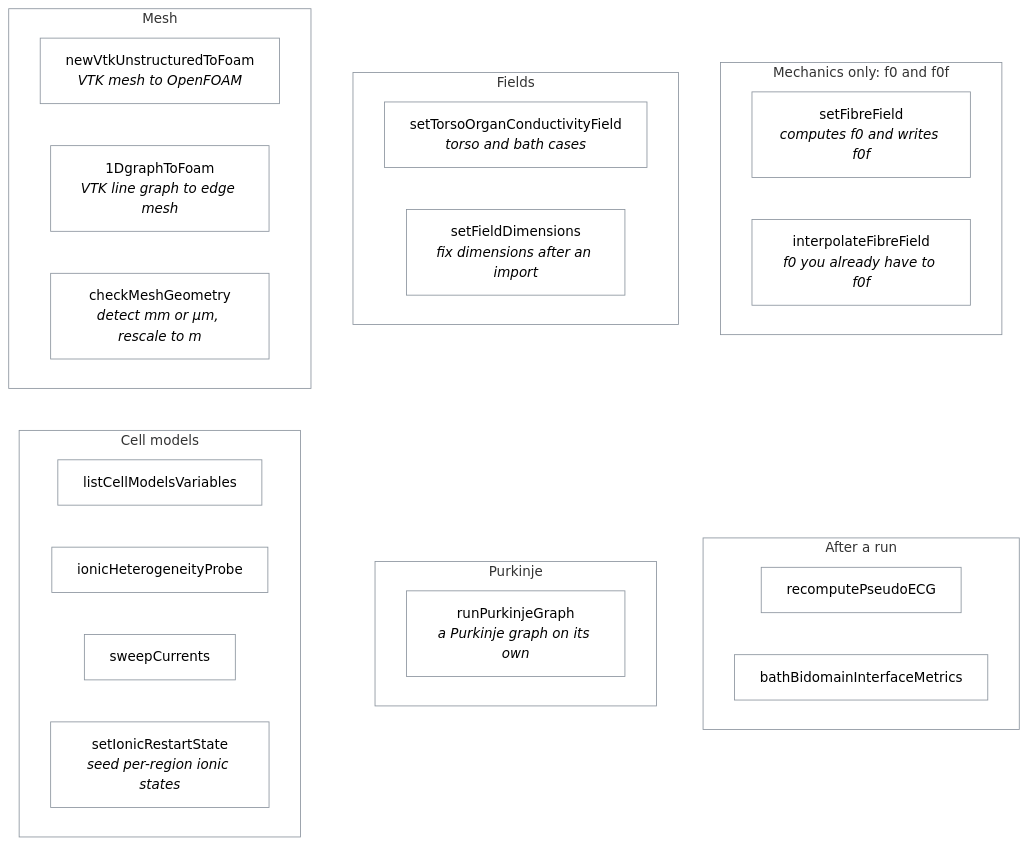
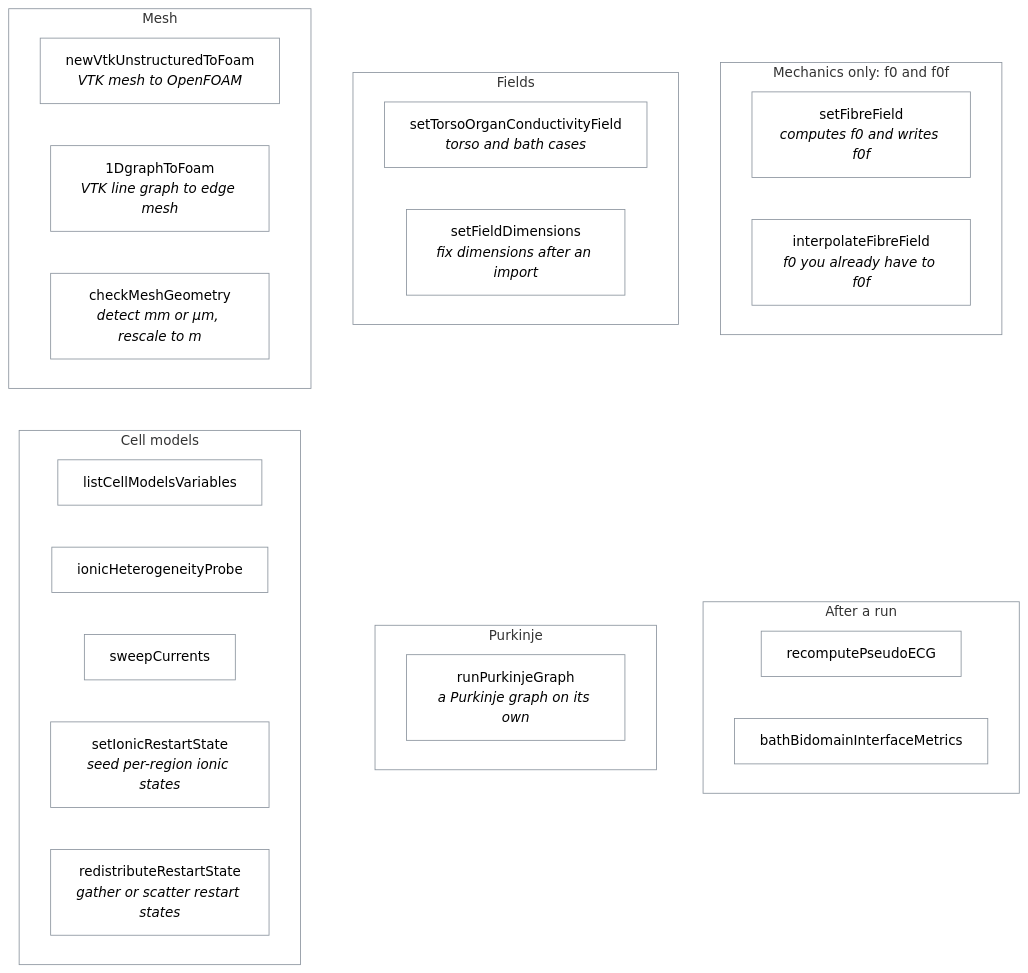
Before and after one commit to solids4foam/cardiacFoam: the diagram in applications/utilities/README.md, drawn with Mermaid (forest theme). The commit also changed other lines of this file and 22 other files, not shown here.

First line of the commit message:
feat(utilities): redistributeRestartState moves <Model>State across the processor boundary

````diff
--- a/applications/utilities/README.md
+++ b/applications/utilities/README.md
@@ -5,39 +5,40 @@
 ```mermaid
 flowchart TB
     subgraph POST["After a run"]
         RE["recomputePseudoECG"]
         BI["bathBidomainInterfaceMetrics"]
     end
     subgraph PURK["Purkinje"]
         PG["runPurkinjeGraph<br/><i>a Purkinje graph on its own</i>"]
     end
     subgraph CELL["Cell models"]
         LV["listCellModelsVariables"]
         HP["ionicHeterogeneityProbe"]
         SW["sweepCurrents"]
         SI["setIonicRestartState<br/><i>seed per-region ionic states</i>"]
+        RR["redistributeRestartState<br/><i>gather or scatter restart states</i>"]
     end
     subgraph MECH["Mechanics only: f0 and f0f"]
         SF["setFibreField<br/><i>computes f0 and writes f0f</i>"]
         IF["interpolateFibreField<br/><i>f0 you already have to f0f</i>"]
     end
     subgraph FLD["Fields"]
         TC["setTorsoOrganConductivityField<br/><i>torso and bath cases</i>"]
         SD["setFieldDimensions<br/><i>fix dimensions after an import</i>"]
     end
     subgraph MESH["Mesh"]
         V["newVtkUnstructuredToFoam<br/><i>VTK mesh to OpenFOAM</i>"]
         G["1DgraphToFoam<br/><i>VTK line graph to edge mesh</i>"]
         C["checkMeshGeometry<br/><i>detect mm or µm, rescale to m</i>"]
     end
     MESH ~~~ CELL
     FLD ~~~ PURK
     MECH ~~~ POST
     classDef default fill:none,stroke:#8b949e,stroke-width:1px
     style MESH fill:none,stroke:#8b949e
     style FLD fill:none,stroke:#8b949e
     style MECH fill:none,stroke:#8b949e
     style CELL fill:none,stroke:#8b949e
     style PURK fill:none,stroke:#8b949e
     style POST fill:none,stroke:#8b949e
 ```
````
